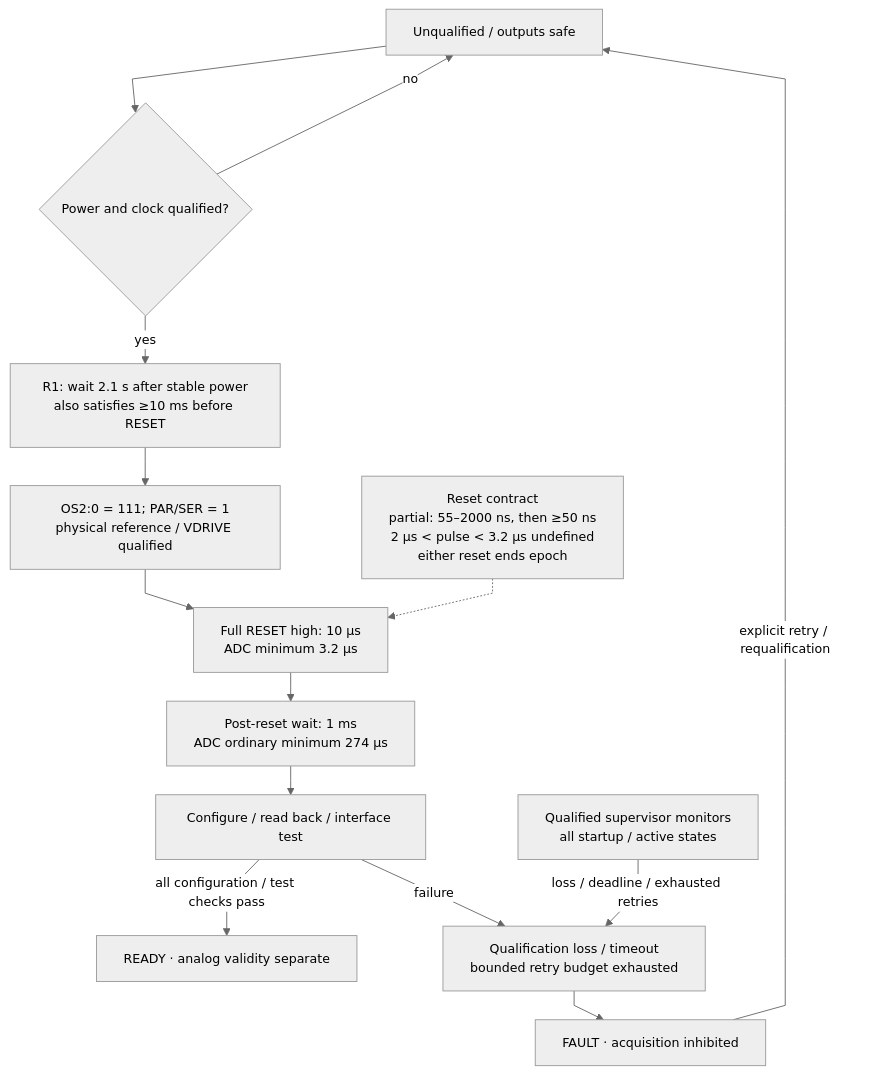
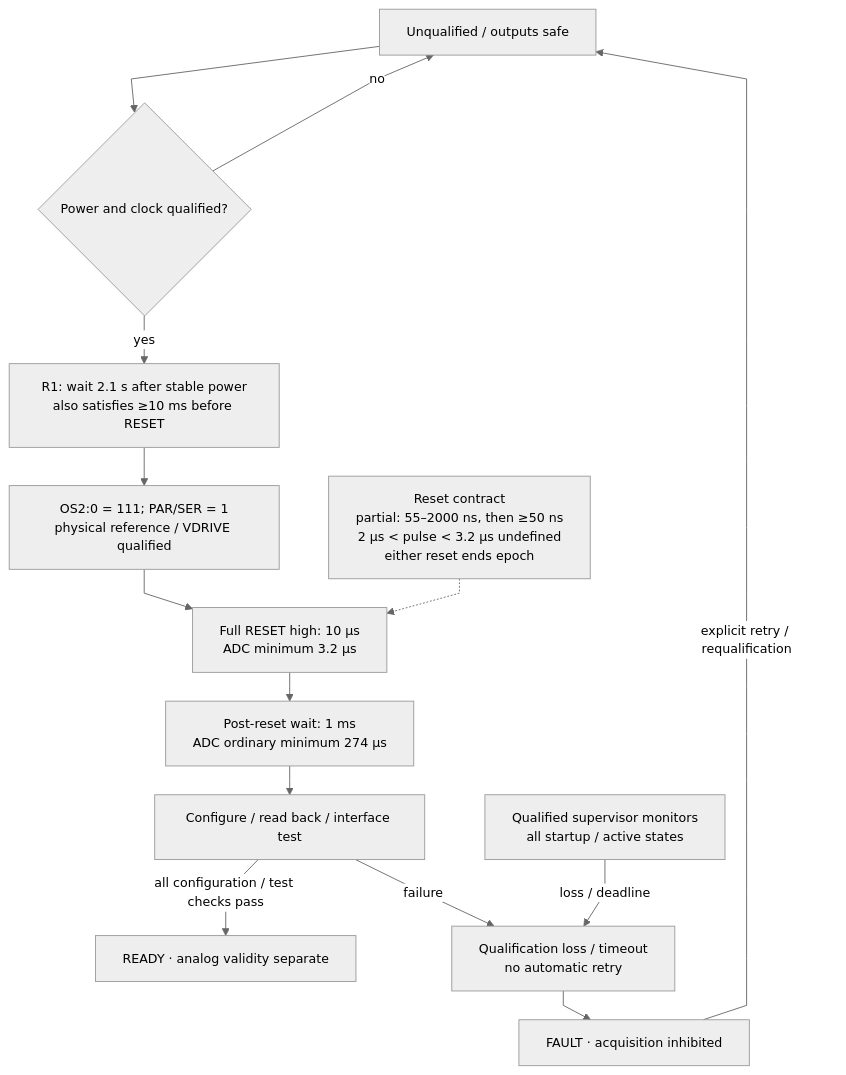
One commit to baolgn/DRG-pain-project changed the sixth of 27 diagrams in microcontroller/acquisition/README.md. Above: the diagram before and after it, drawn with Mermaid. The commit also changed other lines of this file and 23 other files, not shown here.

First line of the commit message:
feat(acquisition): add timing budget and checks

````diff
--- a/microcontroller/acquisition/README.md
+++ b/microcontroller/acquisition/README.md
@@ -157,17 +160,17 @@
 ```mermaid
 %%{init: {"theme":"neutral","themeVariables":{"fontFamily":"Arial,sans-serif","fontSize":"14px"},"flowchart":{"htmlLabels":true,"minNodeWidth":0,"wrappingWidth":240,"nodeSpacing":28,"rankSpacing":32,"curve":"linear"}}}%%
 flowchart TB
     OFF["Unqualified / outputs safe"] --> PWR{"Power and clock qualified?"}
     PWR -->|"no"| OFF
     PWR -->|"yes"| WAIT["R1: wait 2.1 s after stable power<br/>also satisfies ≥10 ms before RESET"]
     WAIT --> PINS["OS2:0 = 111; PAR/SER = 1<br/>physical reference / VDRIVE qualified"]
     PINS --> RESET["Full RESET high: 10 µs<br/>ADC minimum 3.2 µs"]
     RESET --> SETTLE["Post-reset wait: 1 ms<br/>ADC ordinary minimum 274 µs"]
     SETTLE --> CONFIG["Configure / read back / interface test"]
     CONFIG -->|"all configuration / test checks pass"| READY["READY · analog validity separate"]
     CONFIG -->|"failure"| BAD
-    BAD["Qualification loss / timeout<br/>bounded retry budget exhausted"] --> FAULT["FAULT · acquisition inhibited"]
-    MON["Qualified supervisor monitors<br/>all startup / active states"] -->|"loss / deadline / exhausted retries"| BAD
+    BAD["Qualification loss / timeout<br/>no automatic retry"] --> FAULT["FAULT · acquisition inhibited"]
+    MON["Qualified supervisor monitors<br/>all startup / active states"] -->|"loss / deadline"| BAD
     FAULT -->|"explicit retry / requalification"| OFF
     PART["Reset contract<br/>partial: 55–2000 ns, then ≥50 ns<br/>2 µs < pulse < 3.2 µs undefined<br/>either reset ends epoch"] -.-> RESET
 ```
````
